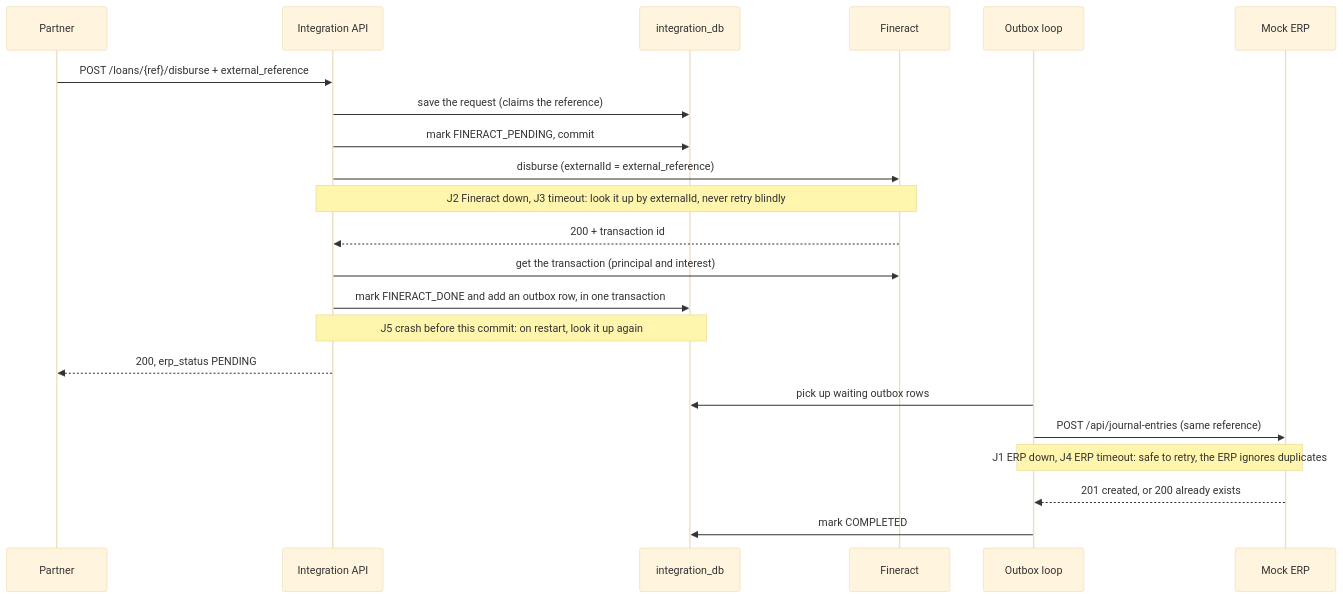
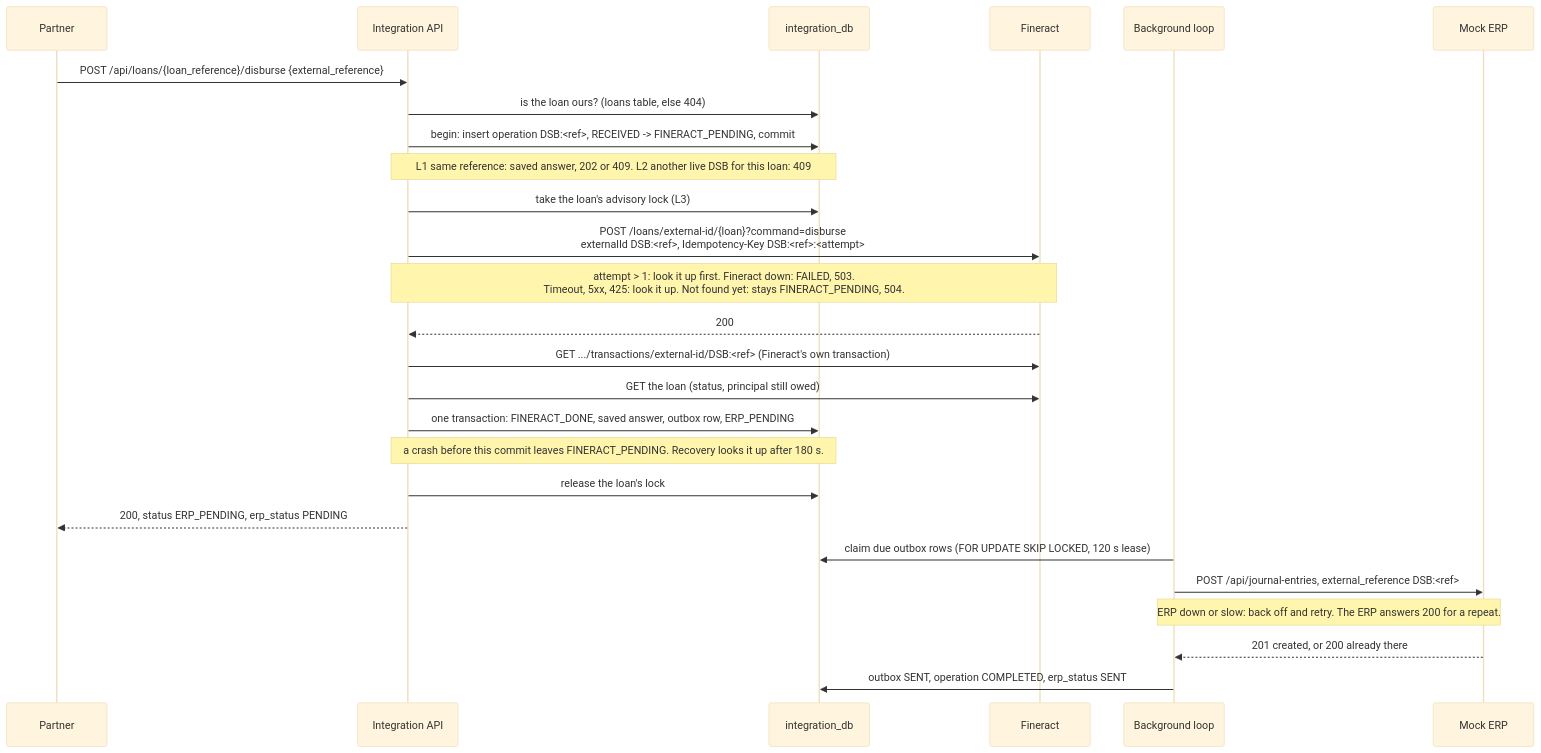
Before and after one commit to wmnjuguna/Inkomoko-Interview: the second of 3 diagrams in ARCHITECTURE.md, drawn with Mermaid (base theme). The commit also changed other lines of this file, not shown here.

Commit message:
docs: update ARCHITECTURE for P2

````diff
--- a/ARCHITECTURE.md
+++ b/ARCHITECTURE.md
@@ -131,24 +178,28 @@
 ```mermaid
 sequenceDiagram
   participant P as Partner
   participant API as Integration API
   participant DB as integration_db
   participant F as Fineract
-  participant W as Outbox loop
+  participant W as Background loop
   participant E as Mock ERP
-  P->>API: POST /loans/{ref}/disburse + external_reference
-  API->>DB: save the request (claims the reference)
-  API->>DB: mark FINERACT_PENDING, commit
-  API->>F: disburse (externalId = external_reference)
-  Note over API,F: J2 Fineract down, J3 timeout: look it up by externalId, never retry blindly
-  F-->>API: 200 + transaction id
-  API->>F: get the transaction (principal and interest)
-  API->>DB: mark FINERACT_DONE and add an outbox row, in one transaction
-  Note over API,DB: J5 crash before this commit: on restart, look it up again
-  API-->>P: 200, erp_status PENDING
-  W->>DB: pick up waiting outbox rows
-  W->>E: POST /api/journal-entries (same reference)
-  Note over W,E: J1 ERP down, J4 ERP timeout: safe to retry, the ERP ignores duplicates
-  E-->>W: 201 created, or 200 already exists
-  W->>DB: mark COMPLETED
+  P->>API: POST /api/loans/{loan_reference}/disburse {external_reference}
+  API->>DB: is the loan ours? (loans table, else 404)
+  API->>DB: begin: insert operation DSB:<ref>, RECEIVED -> FINERACT_PENDING, commit
+  Note over API,DB: L1 same reference: saved answer, 202 or 409. L2 another live DSB for this loan: 409
+  API->>DB: take the loan's advisory lock (L3)
+  API->>F: POST /loans/external-id/{loan}?command=disburse<br/>externalId DSB:<ref>, Idempotency-Key DSB:<ref>:<attempt>
+  Note over API,F: attempt > 1: look it up first. Fineract down: FAILED, 503.<br/>Timeout, 5xx, 425: look it up. Not found yet: stays FINERACT_PENDING, 504.
+  F-->>API: 200
+  API->>F: GET .../transactions/external-id/DSB:<ref> (Fineract's own transaction)
+  API->>F: GET the loan (status, principal still owed)
+  API->>DB: one transaction: FINERACT_DONE, saved answer, outbox row, ERP_PENDING
+  Note over API,DB: a crash before this commit leaves FINERACT_PENDING. Recovery looks it up after 180 s.
+  API->>DB: release the loan's lock
+  API-->>P: 200, status ERP_PENDING, erp_status PENDING
+  W->>DB: claim due outbox rows (FOR UPDATE SKIP LOCKED, 120 s lease)
+  W->>E: POST /api/journal-entries, external_reference DSB:<ref>
+  Note over W,E: ERP down or slow: back off and retry. The ERP answers 200 for a repeat.
+  E-->>W: 201 created, or 200 already there
+  W->>DB: outbox SENT, operation COMPLETED, erp_status SENT
 ```
````
